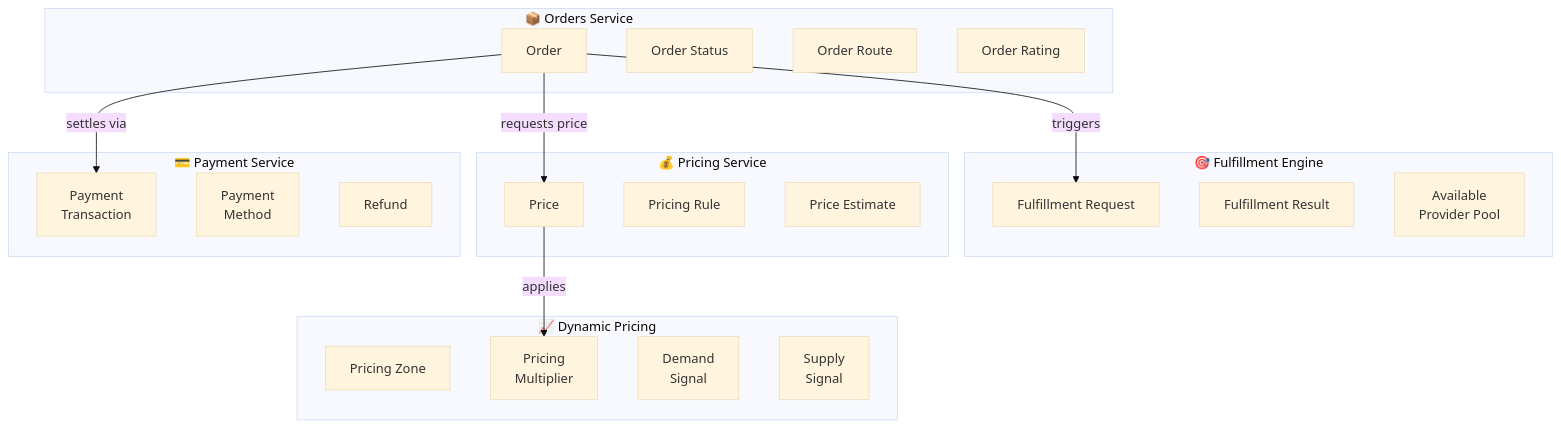
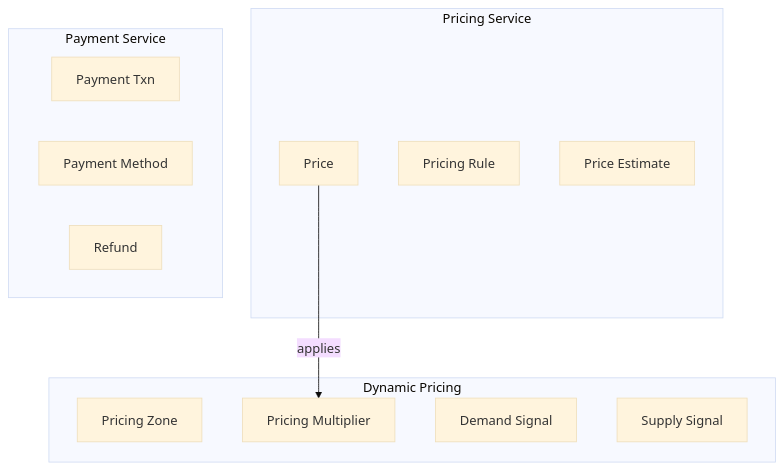
One commit to rishikeshdhokare/platform-manifesto changed the fifth of 7 diagrams in 02-architecture-and-api/07-service-decomposition.md. Above: the diagram before and after it, drawn with Mermaid (base theme). The commit also changed other lines of this file and 12 other files, not shown here.

First line of the commit message:
fix: refactor Mermaid diagrams for compliance (#135)

````diff
--- a/02-architecture-and-api/07-service-decomposition.md
+++ b/02-architecture-and-api/07-service-decomposition.md
@@ -145,40 +181,23 @@
 ```mermaid
 graph TD
-    subgraph OrdersDomain["📦 Orders Service"]
-        Order["Order"]
-        OrderStatus["Order Status"]
-        OrderRoute["Order Route"]
-        OrderRating["Order Rating"]
+    subgraph pricing["Pricing Service"]
+        price["Price"]
+        pricingRule["Pricing Rule"]
+        priceEstimate["Price Estimate"]
     end
 
-    subgraph Fulfillment["🎯 Fulfillment Engine"]
-        FulfillmentReq["Fulfillment Request"]
-        FulfillmentResult["Fulfillment Result"]
-        ProviderPool["Available<br/>Provider Pool"]
+    subgraph dynamicPricing["Dynamic Pricing"]
+        pricingZone["Pricing Zone"]
+        pricingMult["Pricing Multiplier"]
+        demandSignal["Demand Signal"]
+        supplySignal["Supply Signal"]
     end
 
-    subgraph Pricing["💰 Pricing Service"]
-        Price["Price"]
-        PricingRule["Pricing Rule"]
-        PriceEstimate["Price Estimate"]
+    subgraph payment["Payment Service"]
+        paymentTxn["Payment Txn"]
+        paymentMethod["Payment Method"]
+        refund["Refund"]
     end
 
-    subgraph DynamicPricing["📈 Dynamic Pricing"]
-        PricingZone["Pricing Zone"]
-        PricingMultiplier["Pricing<br/>Multiplier"]
-        DemandSignal["Demand<br/>Signal"]
-        SupplySignal["Supply<br/>Signal"]
-    end
-
-    subgraph Payment["💳 Payment Service"]
-        PaymentTxn["Payment<br/>Transaction"]
-        PaymentMethod["Payment<br/>Method"]
-        Refund["Refund"]
-    end
-
-    Order -->|"requests price"| Price
-    Order -->|"triggers"| FulfillmentReq
-    Price -->|"applies"| PricingMultiplier
-    Order -->|"settles via"| PaymentTxn
-
+    price -->|"applies"| pricingMult
 ```
````
